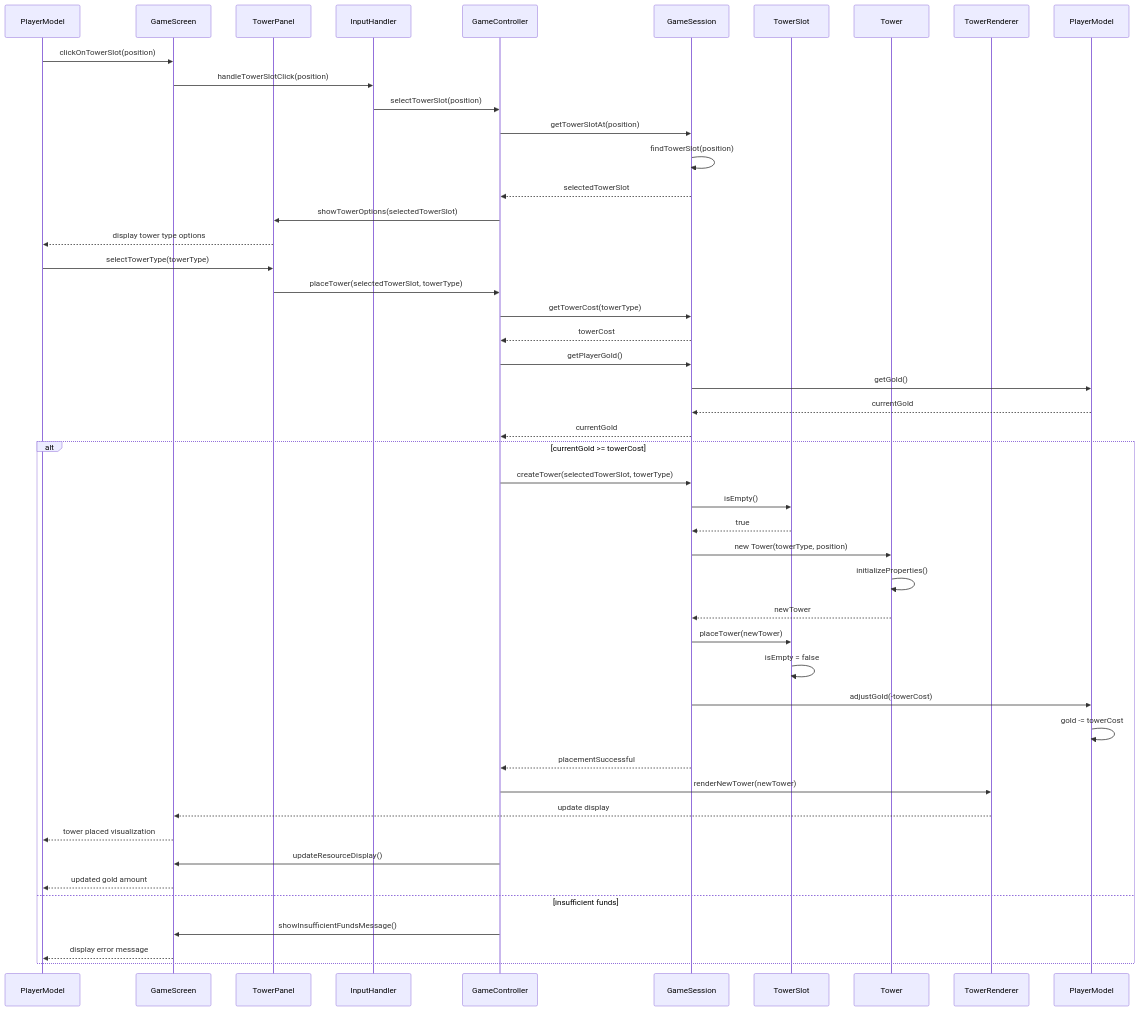
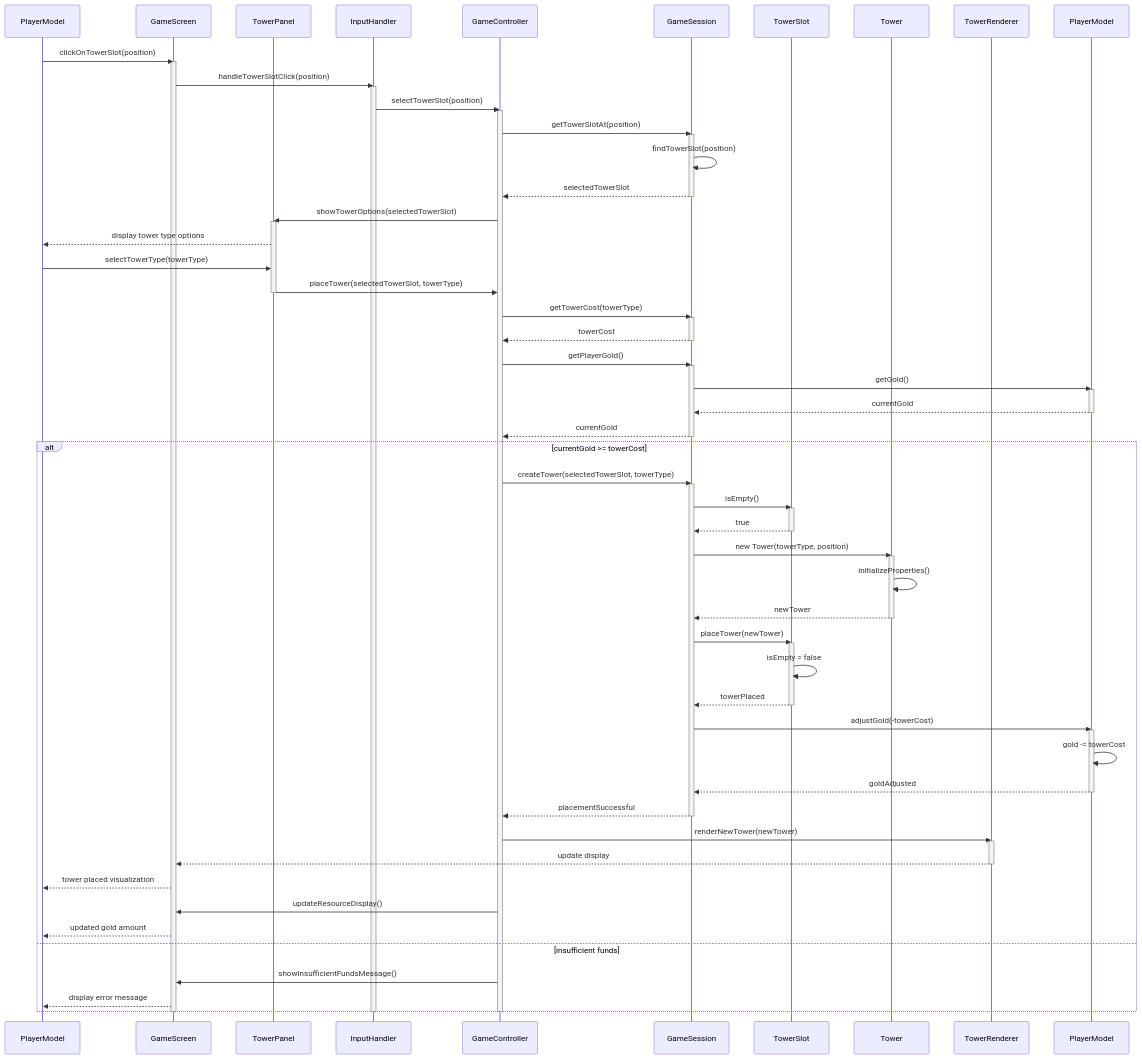
Before and after one commit to EYErbil/KuTowerDefense: the diagram in D1-artifacts/sequence_diagrams/SD_PlaceTower.md, drawn with Mermaid. The commit also changed 10 other files, not shown here.

Commit message:
ADD : execution specification for sequence diagrams

````diff
--- a/D1-artifacts/sequence_diagrams/SD_PlaceTower.md
+++ b/D1-artifacts/sequence_diagrams/SD_PlaceTower.md
@@ -14,44 +14,71 @@
     participant TowerRenderer
 
     Player->>GameScreen: clickOnTowerSlot(position)
+    activate GameScreen
     GameScreen->>InputHandler: handleTowerSlotClick(position)
+    activate InputHandler
     InputHandler->>GameController: selectTowerSlot(position)
+    activate GameController
     GameController->>GameSession: getTowerSlotAt(position)
+    activate GameSession
     GameSession->>GameSession: findTowerSlot(position)
     GameSession-->>GameController: selectedTowerSlot
+    deactivate GameSession
     
     GameController->>TowerPanel: showTowerOptions(selectedTowerSlot)
+    activate TowerPanel
     TowerPanel-->>Player: display tower type options
     
     Player->>TowerPanel: selectTowerType(towerType)
     TowerPanel->>GameController: placeTower(selectedTowerSlot, towerType)
+    deactivate TowerPanel
     
     GameController->>GameSession: getTowerCost(towerType)
+    activate GameSession
     GameSession-->>GameController: towerCost
+    deactivate GameSession
     
     GameController->>GameSession: getPlayerGold()
+    activate GameSession
     GameSession->>PlayerModel: getGold()
+    activate PlayerModel
     PlayerModel-->>GameSession: currentGold
+    deactivate PlayerModel
     GameSession-->>GameController: currentGold
+    deactivate GameSession
     
     alt currentGold >= towerCost
         GameController->>GameSession: createTower(selectedTowerSlot, towerType)
+        activate GameSession
         GameSession->>TowerSlot: isEmpty()
+        activate TowerSlot
         TowerSlot-->>GameSession: true
+        deactivate TowerSlot
         
         GameSession->>Tower: new Tower(towerType, position)
+        activate Tower
         Tower->>Tower: initializeProperties()
         Tower-->>GameSession: newTower
+        deactivate Tower
         
         GameSession->>TowerSlot: placeTower(newTower)
+        activate TowerSlot
         TowerSlot->>TowerSlot: isEmpty = false
+        TowerSlot-->>GameSession: towerPlaced
+        deactivate TowerSlot
         
         GameSession->>PlayerModel: adjustGold(-towerCost)
+        activate PlayerModel
         PlayerModel->>PlayerModel: gold -= towerCost
+        PlayerModel-->>GameSession: goldAdjusted
+        deactivate PlayerModel
         
         GameSession-->>GameController: placementSuccessful
+        deactivate GameSession
         GameController->>TowerRenderer: renderNewTower(newTower)
+        activate TowerRenderer
         TowerRenderer-->>GameScreen: update display
+        deactivate TowerRenderer
         GameScreen-->>Player: tower placed visualization
         
         GameController->>GameScreen: updateResourceDisplay()
@@ -60,4 +87,7 @@
         GameController->>GameScreen: showInsufficientFundsMessage()
         GameScreen-->>Player: display error message
     end
+    deactivate GameController
+    deactivate InputHandler
+    deactivate GameScreen
 ``` 
````
